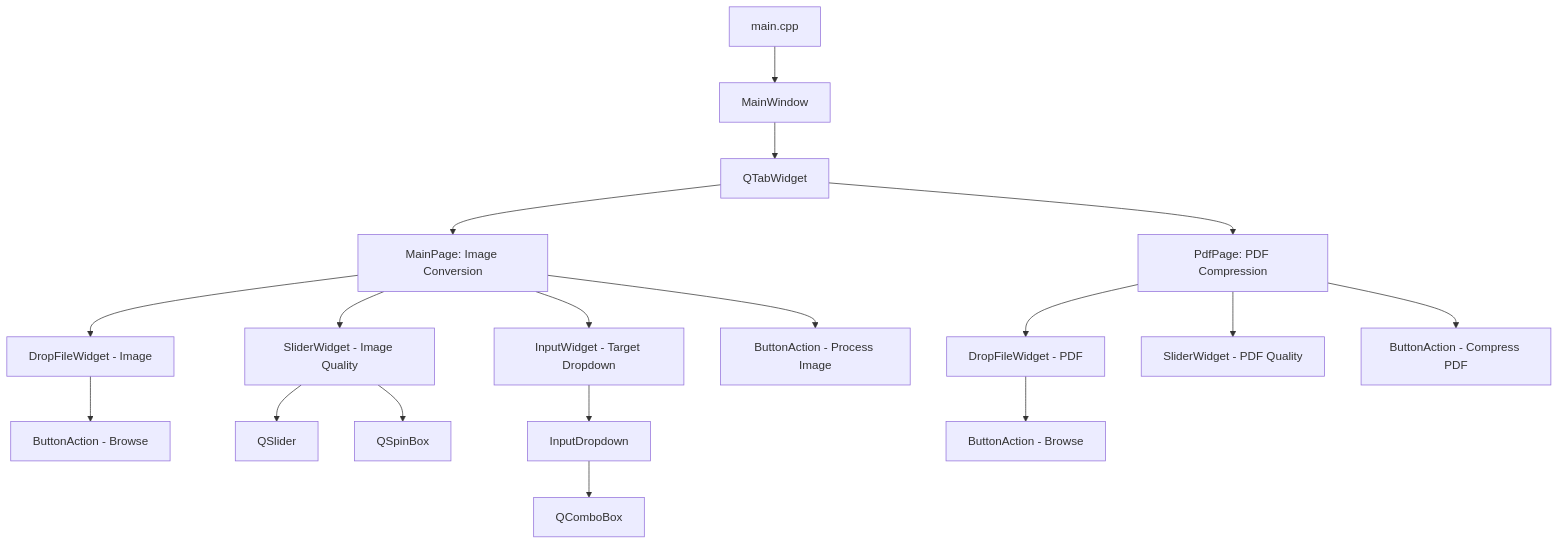
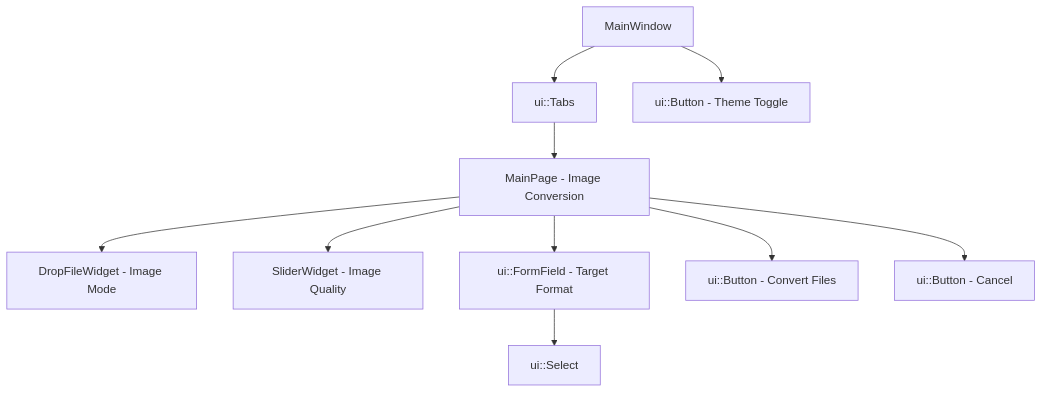
One commit to illufoxKusanagi/image-converter changed the diagram in .AGENTS/rules/01-architecture.md. Above: the diagram before and after it, drawn with Mermaid. The commit also changed other lines of this file and 25 other files, not shown here.

````diff
--- a/.AGENTS/rules/01-architecture.md
+++ b/.AGENTS/rules/01-architecture.md
@@ -10,25 +13,14 @@
 ```mermaid
 graph TD
-    Main[main.cpp] --> MW[MainWindow]
-    MW --> TabWidget[QTabWidget]
-    TabWidget --> MP[MainPage: Image Conversion]
-    TabWidget --> PP[PdfPage: PDF Compression]
+    MW[MainWindow] --> Tabs[ui::Tabs]
+    MW --> ThemeBtn[ui::Button - Theme Toggle]
     
-    MP --> DFW1[DropFileWidget - Image]
+    Tabs --> MP[MainPage - Image Conversion]
+    
+    MP --> DFW1[DropFileWidget - Image Mode]
     MP --> SW1[SliderWidget - Image Quality]
-    MP --> IW[InputWidget - Target Dropdown]
-    MP --> BA1[ButtonAction - Process Image]
-    
-    PP --> DFW2[DropFileWidget - PDF]
-    PP --> SW2[SliderWidget - PDF Quality]
-    PP --> BA2[ButtonAction - Compress PDF]
-    
-    DFW1 --> BA_Browse1[ButtonAction - Browse]
-    DFW2 --> BA_Browse2[ButtonAction - Browse]
-    
-    SW1 --> QSlider1[QSlider]
-    SW1 --> QSpinBox1[QSpinBox]
-    
-    IW --> ID[InputDropdown]
-    ID --> QComboBox[QComboBox]
+    MP --> FF1[ui::FormField - Target Format]
+    FF1 --> Sel1[ui::Select]
+    MP --> PB1[ui::Button - Convert Files]
+    MP --> CB1[ui::Button - Cancel]
 ```
````
